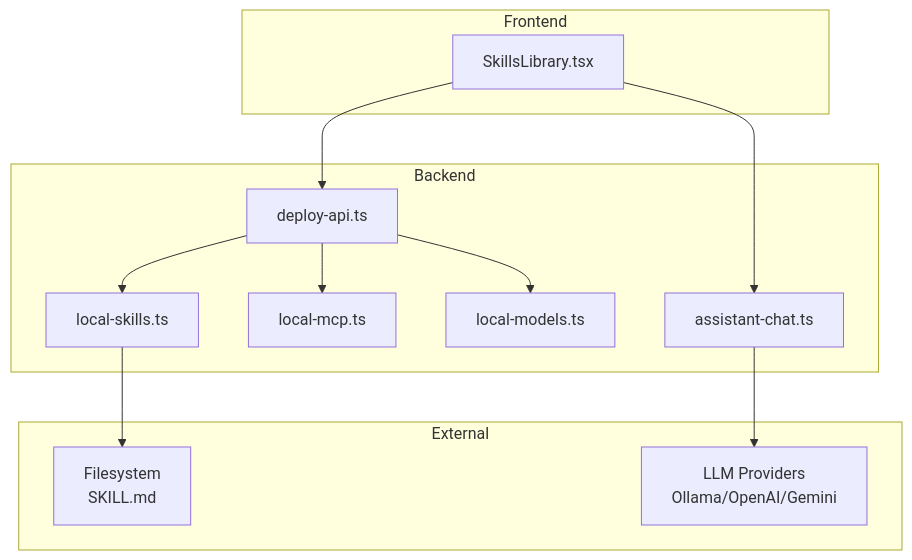
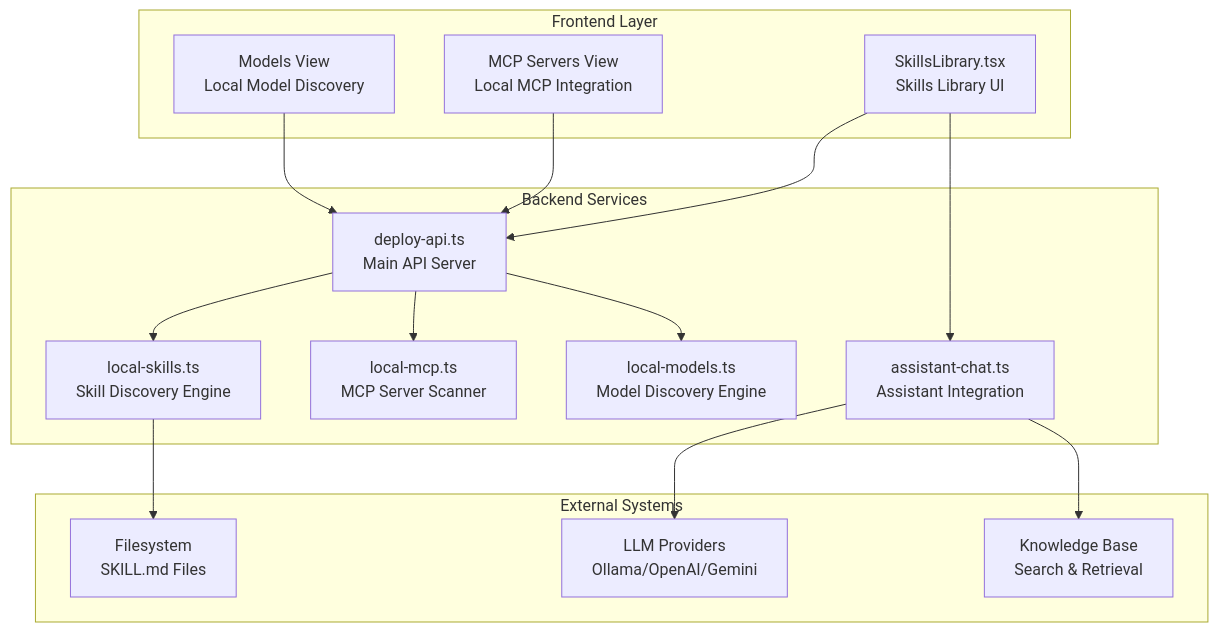
The first of 4 diagrams in .qoder/repowiki/en/content/AI Assistant System/Skill System Architecture.md (Glimora-X/work-helper), drawn with Mermaid before and after one commit. The commit also changed other lines of this file and 5 other files, not shown here.

First line of the commit message:
docs(skill): enhance skill system architecture and documentation

````diff
--- a/.qoder/repowiki/en/content/AI Assistant System/Skill System Architecture.md
+++ b/.qoder/repowiki/en/content/AI Assistant System/Skill System Architecture.md
@@ -48,24 +50,30 @@
 ```mermaid
 graph TB
-subgraph "Frontend"
-UI["SkillsLibrary.tsx"]
+subgraph "Frontend Layer"
+SkillsLibrary["SkillsLibrary.tsx<br/>Skills Library UI"]
+MCPView["MCP Servers View<br/>Local MCP Integration"]
+ModelsView["Models View<br/>Local Model Discovery"]
 end
-subgraph "Backend"
-API["deploy-api.ts"]
-Scanner["local-skills.ts"]
-Chat["assistant-chat.ts"]
-MCP["local-mcp.ts"]
-Models["local-models.ts"]
+subgraph "Backend Services"
+DeployAPI["deploy-api.ts<br/>Main API Server"]
+LocalSkills["local-skills.ts<br/>Skill Discovery Engine"]
+LocalMCP["local-mcp.ts<br/>MCP Server Scanner"]
+LocalModels["local-models.ts<br/>Model Discovery Engine"]
+AssistantChat["assistant-chat.ts<br/>Assistant Integration"]
 end
-subgraph "External"
-FS["Filesystem<br/>SKILL.md"]
-Providers["LLM Providers<br/>Ollama/OpenAI/Gemini"]
+subgraph "External Systems"
+FileSystem["Filesystem<br/>SKILL.md Files"]
+LLMProviders["LLM Providers<br/>Ollama/OpenAI/Gemini"]
+KnowledgeBase["Knowledge Base<br/>Search & Retrieval"]
 end
-UI --> API
-API --> Scanner
-API --> MCP
-API --> Models
-UI --> Chat
-Chat --> Providers
-Scanner --> FS
+SkillsLibrary --> DeployAPI
+MCPView --> DeployAPI
+ModelsView --> DeployAPI
+DeployAPI --> LocalSkills
+DeployAPI --> LocalMCP
+DeployAPI --> LocalModels
+SkillsLibrary --> AssistantChat
+AssistantChat --> LLMProviders
+AssistantChat --> KnowledgeBase
+LocalSkills --> FileSystem
 ```
````
